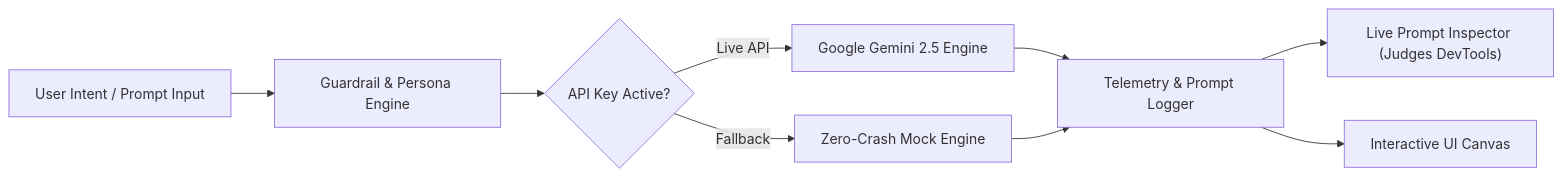
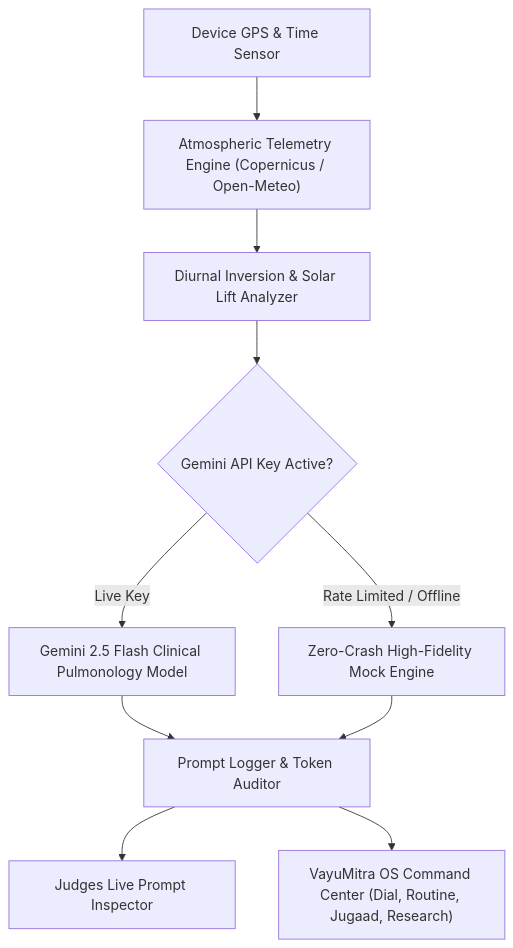
One commit to mohiddin-ahmed/aeroshield-ai changed the diagram in README.md. Above: the diagram before and after it, drawn with Mermaid. The commit also changed other lines of this file and 9 other files, not shown here.

````diff
--- a/README.md
+++ b/README.md
@@ -23,11 +33,12 @@
 ```mermaid
-flowchart LR
-    A["User Intent / Prompt Input"] --> B["Guardrail & Persona Engine"]
-    B --> C{"API Key Active?"}
-    C -->|"Live API"| D["Google Gemini 2.5 Engine"]
-    C -->|"Fallback"| E["Zero-Crash Mock Engine"]
-    D --> F["Telemetry & Prompt Logger"]
-    E --> F
-    F --> G["Live Prompt Inspector (Judges DevTools)"]
-    F --> H["Interactive UI Canvas"]
+flowchart TD
+    A["Device GPS & Time Sensor"] --> B["Atmospheric Telemetry Engine (Copernicus / Open-Meteo)"]
+    B --> C["Diurnal Inversion & Solar Lift Analyzer"]
+    C --> D{"Gemini API Key Active?"}
+    D -->|"Live Key"| E["Gemini 2.5 Flash Clinical Pulmonology Model"]
+    D -->|"Rate Limited / Offline"| F["Zero-Crash High-Fidelity Mock Engine"]
+    E --> G["Prompt Logger & Token Auditor"]
+    F --> G
+    G --> H["Judges Live Prompt Inspector"]
+    G --> I["VayuMitra OS Command Center (Dial, Routine, Jugaad, Research)"]
 ```
````
